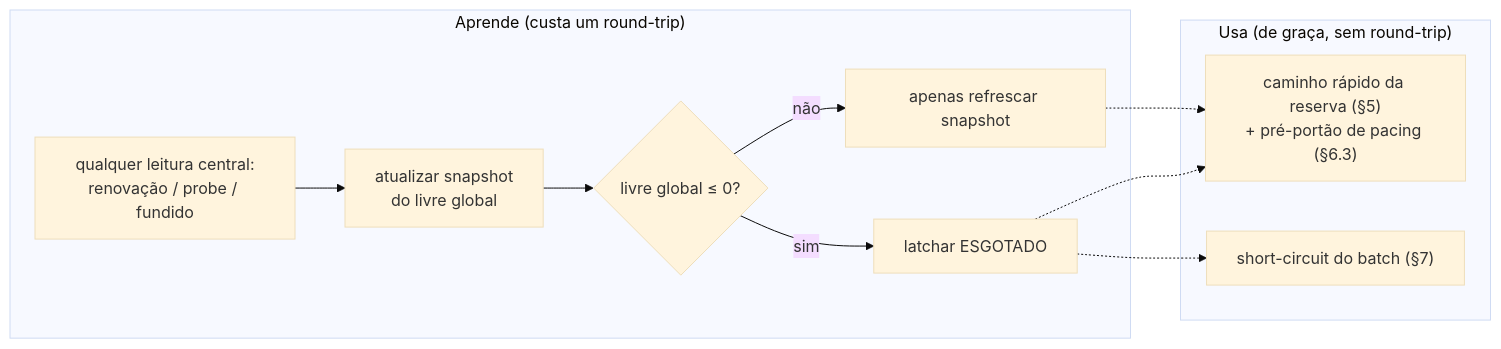
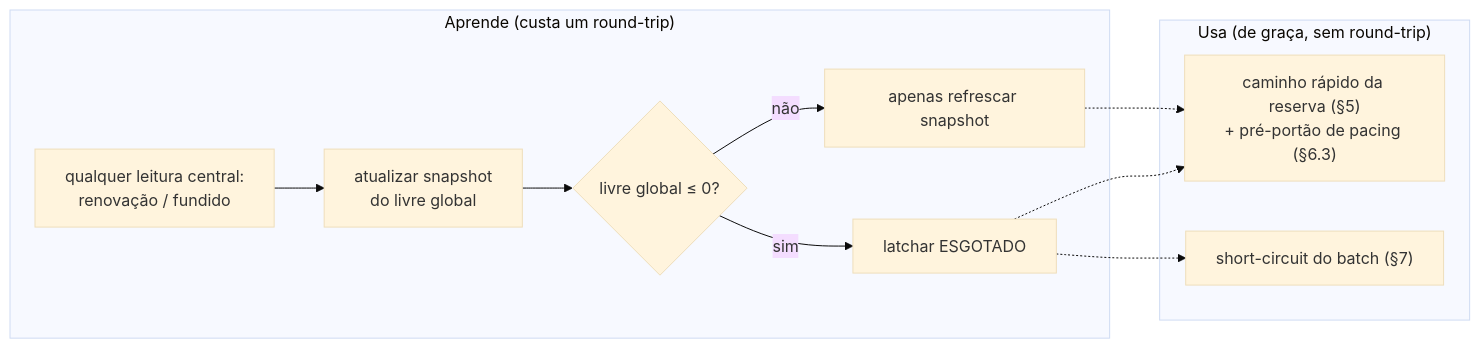
One commit to rodrigogurgel/klimiter changed the fifth of 13 diagrams in docs/DESIGN-CONCEITUAL.md. Above: the diagram before and after it, drawn with Mermaid (base theme). The commit also changed other lines of this file and 5 other files, not shown here.

````diff
--- a/docs/DESIGN-CONCEITUAL.md
+++ b/docs/DESIGN-CONCEITUAL.md
@@ -253,16 +252,16 @@
 ```mermaid
 flowchart LR
     subgraph Aprende["Aprende (custa um round-trip)"]
-        R["qualquer leitura central:<br/>renovação / probe / fundido"] --> Obs["atualizar snapshot<br/>do livre global"]
+        R["qualquer leitura central:<br/>renovação / fundido"] --> Obs["atualizar snapshot<br/>do livre global"]
         Obs --> Z{"livre global ≤ 0?"}
         Z -->|sim| Set["latchar ESGOTADO"]
         Z -->|não| Keep["apenas refrescar snapshot"]
     end
     subgraph Usa["Usa (de graça, sem round-trip)"]
         FP["caminho rápido da reserva (§5)<br/>+ pré-portão de pacing (§6.3)"]
         SC["short-circuit do batch (§7)"]
     end
     Set -.-> FP
     Set -.-> SC
     Keep -.-> FP
 ```
````
